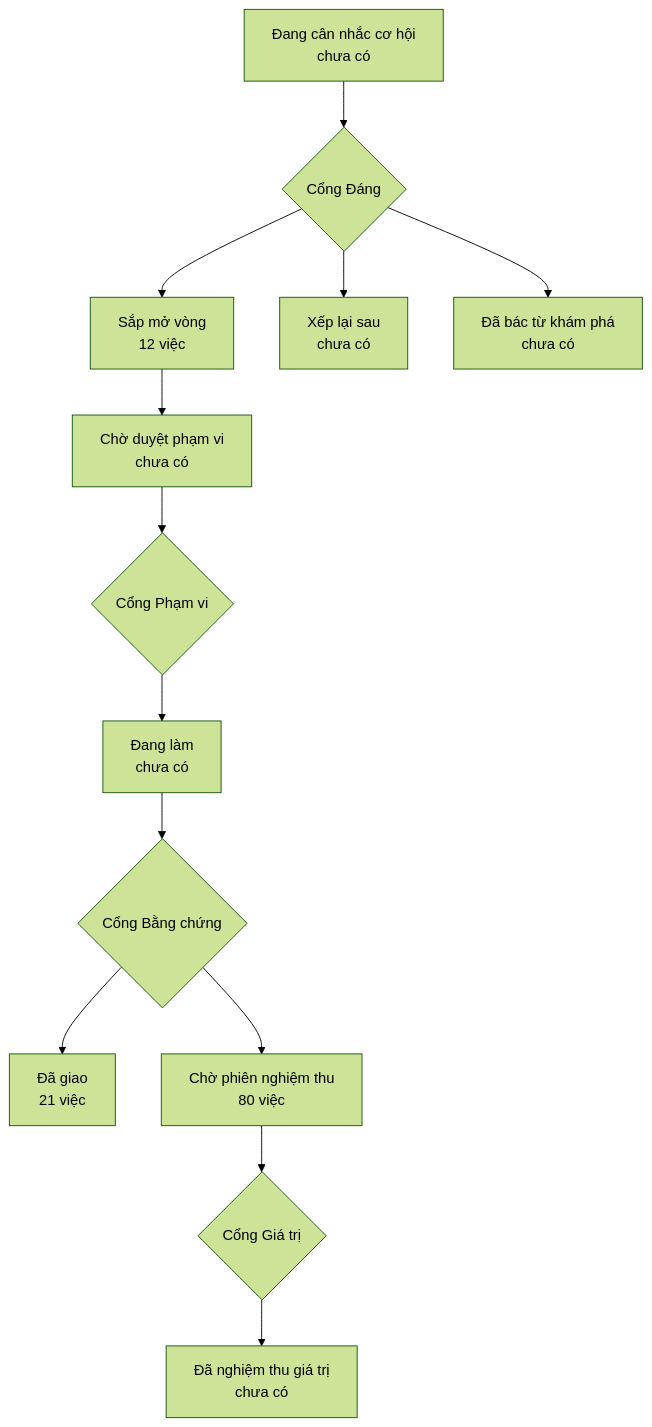
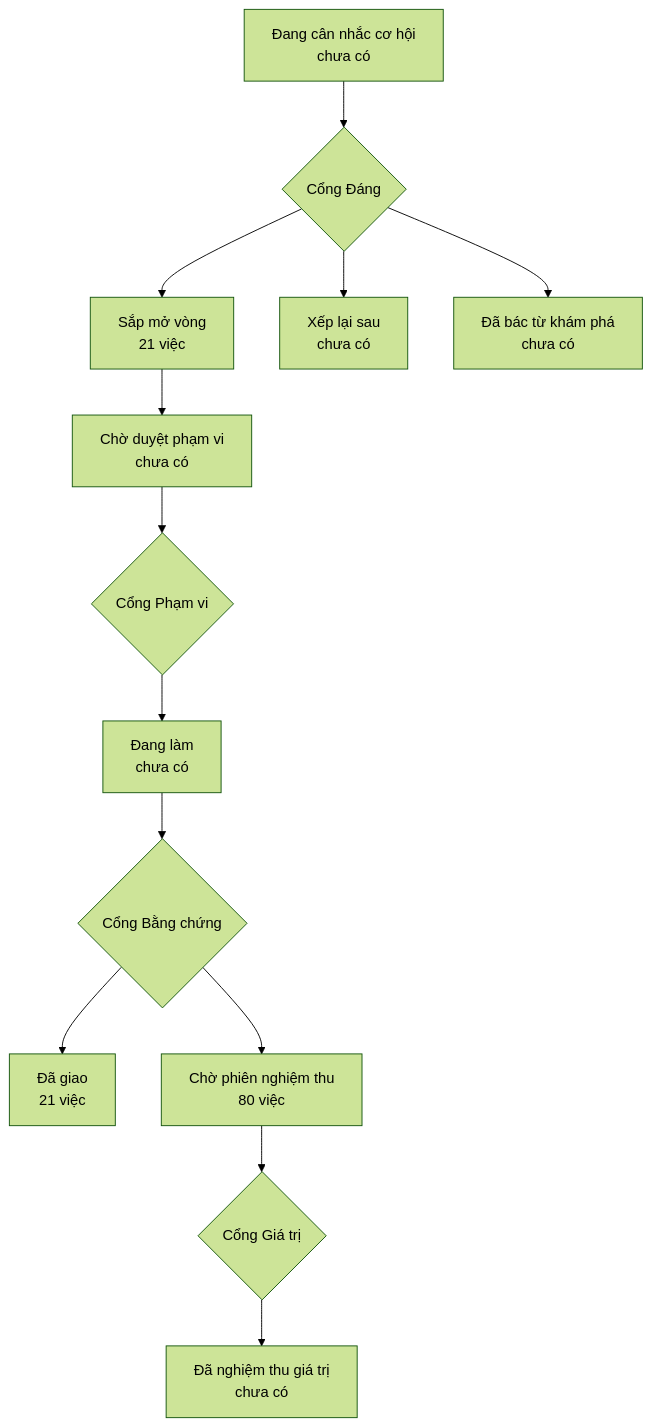
The diagram in PRODUCT-MAP.md (phanlemanh/onehub-quy-hang), drawn with Mermaid (forest theme) before and after one commit. The commit also changed other lines of this file and 1 other file, not shown here.

````diff
--- a/PRODUCT-MAP.md
+++ b/PRODUCT-MAP.md
@@ -7,12 +7,12 @@
 ```mermaid
 flowchart TD
   A["Đang cân nhắc cơ hội<br/>chưa có"] --> GD{"Cổng Đáng"}
-  GD --> B["Sắp mở vòng<br/>12 việc"]
+  GD --> B["Sắp mở vòng<br/>21 việc"]
   GD --> XL["Xếp lại sau<br/>chưa có"]
   GD --> DB["Đã bác từ khám phá<br/>chưa có"]
   B --> CD["Chờ duyệt phạm vi<br/>chưa có"] --> GP{"Cổng Phạm vi"}
   GP --> DL["Đang làm<br/>chưa có"] --> GB{"Cổng Bằng chứng"}
   GB --> DG["Đã giao<br/>21 việc"]
   GB --> CN["Chờ phiên nghiệm thu<br/>80 việc"] --> GG{"Cổng Giá trị"}
   GG --> NT["Đã nghiệm thu giá trị<br/>chưa có"]
 ```
````
